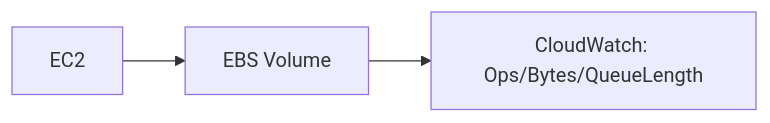
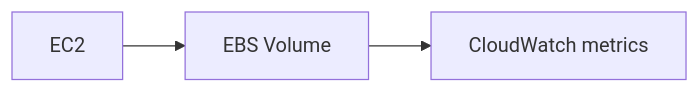
The diagram in aws-saa/week03-domain03-high-performing-architectures/day03/01-theory.md (niceguy61/aws-saa-lecture-2026), drawn with Mermaid before and after one commit. The commit also changed 9 other files, not shown here.

Commit message:
Normalize mermaid labels to avoid special-char parse issues

````diff
--- a/aws-saa/week03-domain03-high-performing-architectures/day03/01-theory.md
+++ b/aws-saa/week03-domain03-high-performing-architectures/day03/01-theory.md
@@ -19,5 +19,5 @@
 ```mermaid
 flowchart LR
   EC2[EC2] --> EBS[EBS Volume]
-  EBS --> CW[CloudWatch: Ops/Bytes/QueueLength]
+  EBS --> CW[CloudWatch metrics]
 ```
````
